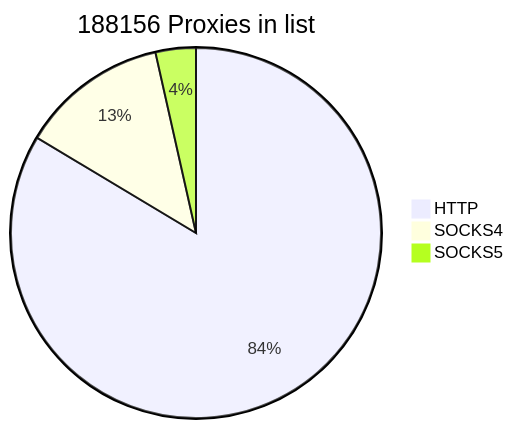
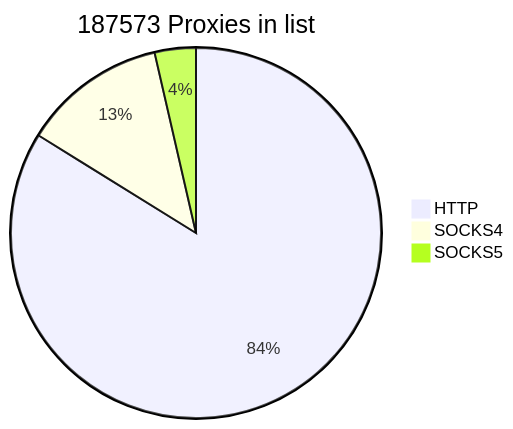
One commit to cutipu/proxylist changed the first of 2 diagrams in README.md. Above: the diagram before and after it, drawn with Mermaid. The commit also changed other lines of this file, not shown here.

````diff
--- a/README.md
+++ b/README.md
@@ -2,7 +2,7 @@
 ```mermaid
-pie title 188156 Proxies in list
-    "HTTP" : 157273
-    "SOCKS4" : 24265
-    "SOCKS5" : 6618
+pie title 187573 Proxies in list
+    "HTTP" : 157248
+    "SOCKS4" : 23587
+    "SOCKS5" : 6738
             
 ```
````
